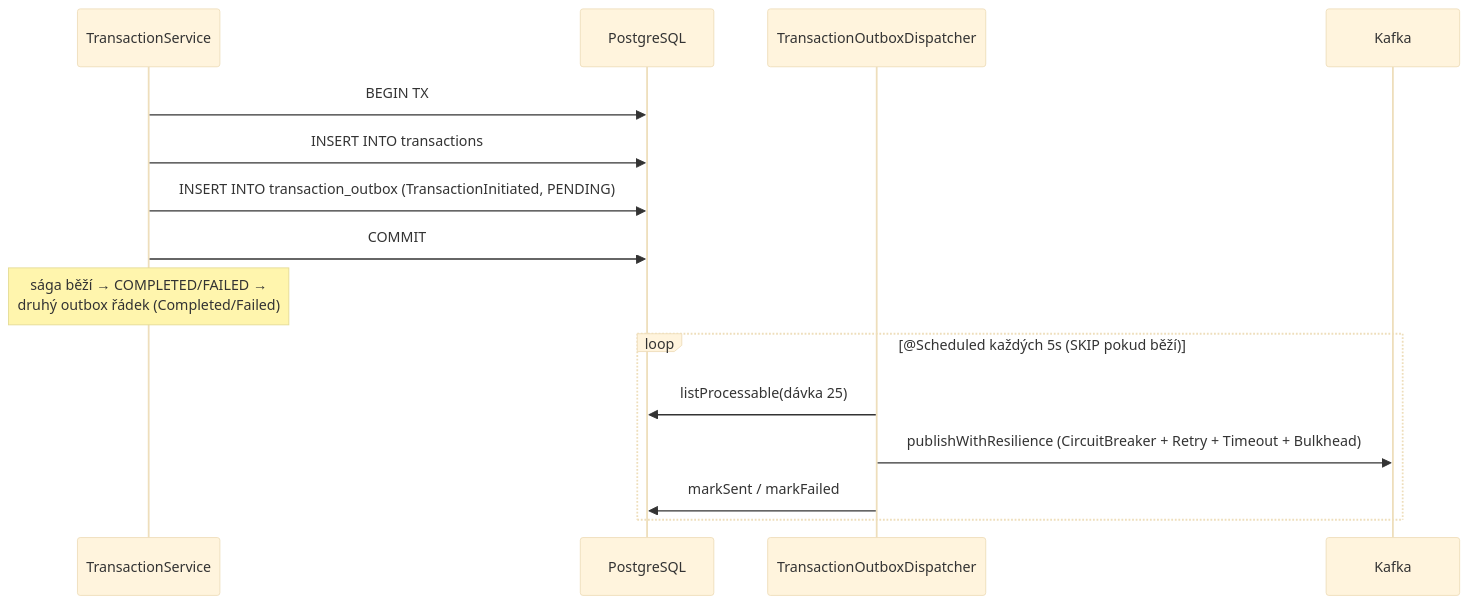
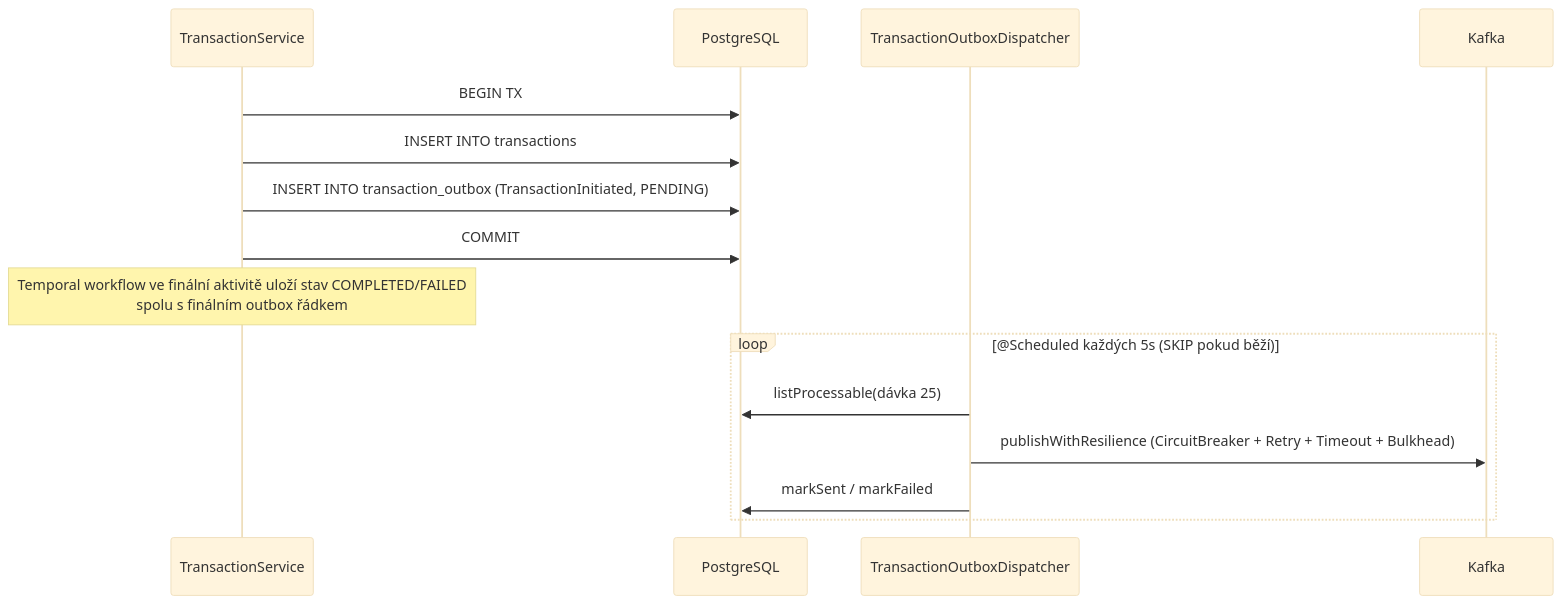
The fourth of 4 diagrams in openbank-transaction-service/src/main/resources/docs/02-architecture.cs.md (JiRaska/open-bank-oss), drawn with Mermaid (base theme) before and after one commit. The commit also changed other lines of this file and 1 other file, not shown here.

Commit message:
docs(transaction): describe Temporal payment workflow

````diff
--- a/openbank-transaction-service/src/main/resources/docs/02-architecture.cs.md
+++ b/openbank-transaction-service/src/main/resources/docs/02-architecture.cs.md
@@ -130,19 +144,19 @@
 ```mermaid
 sequenceDiagram
   participant TS as TransactionService
   participant DB as PostgreSQL
   participant D as TransactionOutboxDispatcher
   participant K as Kafka
 
   TS->>DB: BEGIN TX
   TS->>DB: INSERT INTO transactions
   TS->>DB: INSERT INTO transaction_outbox (TransactionInitiated, PENDING)
   TS->>DB: COMMIT
-  Note over TS: sága běží → COMPLETED/FAILED →<br/>druhý outbox řádek (Completed/Failed)
+  Note over TS: Temporal workflow ve finální aktivitě uloží stav COMPLETED/FAILED<br/>spolu s finálním outbox řádkem
 
   loop @Scheduled každých 5s (SKIP pokud běží)
     D->>DB: listProcessable(dávka 25)
     D->>K: publishWithResilience (CircuitBreaker + Retry + Timeout + Bulkhead)
     D->>DB: markSent / markFailed
   end
 ```
````
